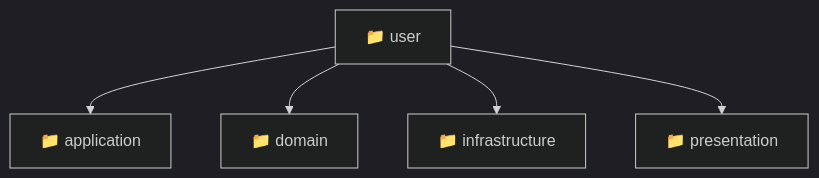
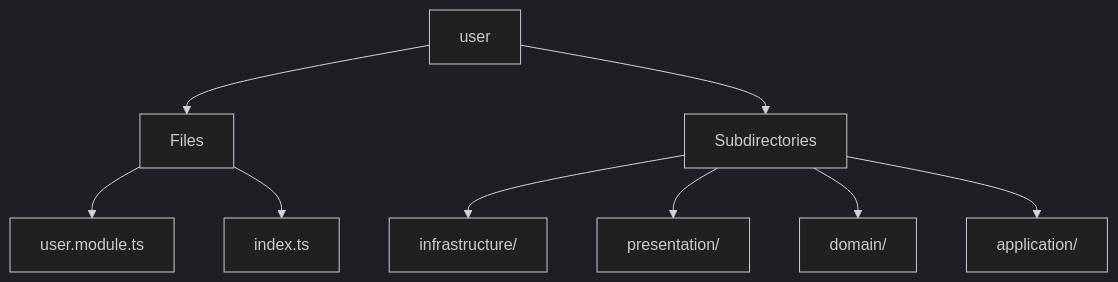
Before and after one commit to beginwebdev2002/fullstack-mavluda: the diagram in backend/src/modules/user/README.md, drawn with Mermaid (dark theme). The commit also changed other lines of this file and 167 other files, not shown here.

````diff
--- a/backend/src/modules/user/README.md
+++ b/backend/src/modules/user/README.md
@@ -9,8 +12,11 @@
 ```mermaid
 graph TD
-  user["📁 user"]
-  user --> application["📁 application"]
-  user --> domain["📁 domain"]
-  user --> infrastructure["📁 infrastructure"]
-  user --> presentation["📁 presentation"]
+  user --> Files
+  Files --> user_module_ts[user.module.ts]
+  Files --> index_ts[index.ts]
+  user --> Subdirectories
+  Subdirectories --> infrastructure[infrastructure/]
+  Subdirectories --> presentation[presentation/]
+  Subdirectories --> domain[domain/]
+  Subdirectories --> application[application/]
 ```
````
